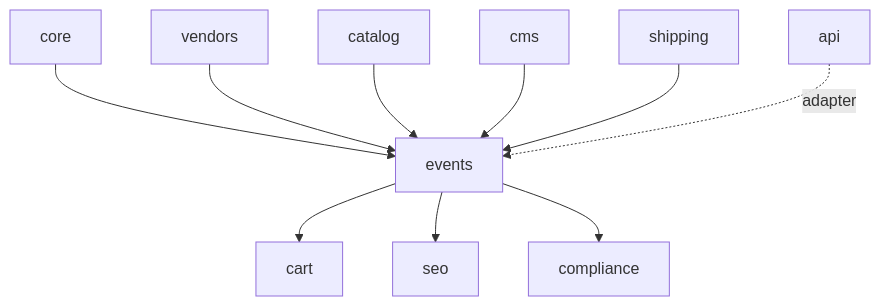
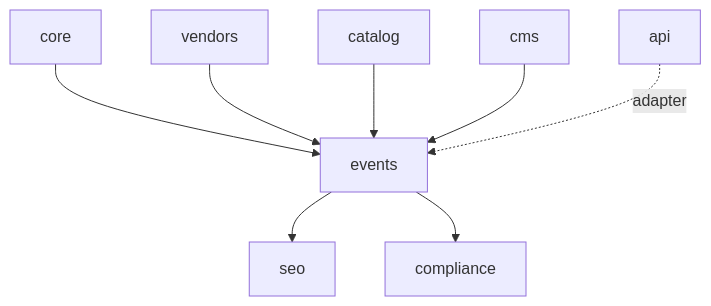
One commit to bertalan/mpmv changed the diagram in docs/spec/15-events.md. Above: the diagram before and after it, drawn with Mermaid. The commit also changed other lines of this file and 12 other files, not shown here.

````diff
--- a/docs/spec/15-events.md
+++ b/docs/spec/15-events.md
@@ -41,12 +40,10 @@
 ```mermaid
 flowchart TD
   core --> events
   vendors --> events
   catalog --> events
   cms --> events
-  shipping --> events
-  events --> cart
   events --> seo
   events --> compliance
   api -.adapter.-> events
 ```
````
